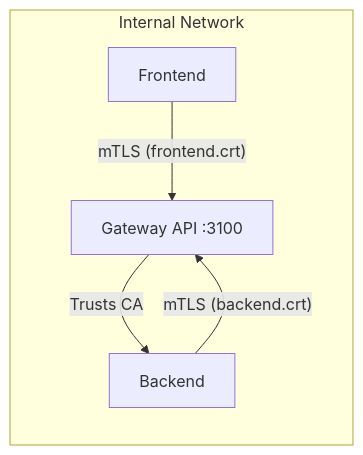
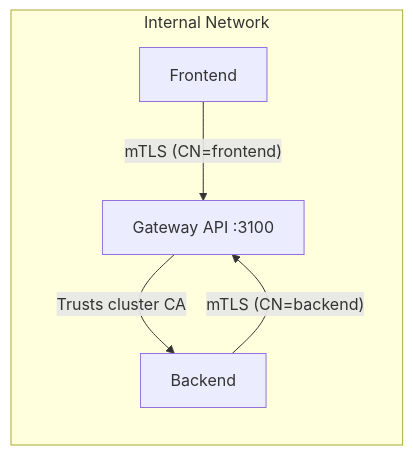
One commit to jaimemartinez/wordjs changed diagram 11 of 11 in documentation/architecture.md. Above: the diagram before and after it, drawn with Mermaid. The commit also changed other lines of this file and 17 other files, not shown here.

````diff
--- a/documentation/architecture.md
+++ b/documentation/architecture.md
@@ -542,12 +565,12 @@
 ```mermaid
 graph LR
     subgraph "Internal Network"
         GatewayAPI[Gateway API :3100]
         Backend[Backend]
         Frontend[Frontend]
     end
 
-    Backend -- "mTLS (backend.crt)" --> GatewayAPI
-    Frontend -- "mTLS (frontend.crt)" --> GatewayAPI
-    GatewayAPI -- "Trusts CA" --> Backend
+    Backend -- "mTLS (CN=backend)" --> GatewayAPI
+    Frontend -- "mTLS (CN=frontend)" --> GatewayAPI
+    GatewayAPI -- "Trusts cluster CA" --> Backend
 ```
````
